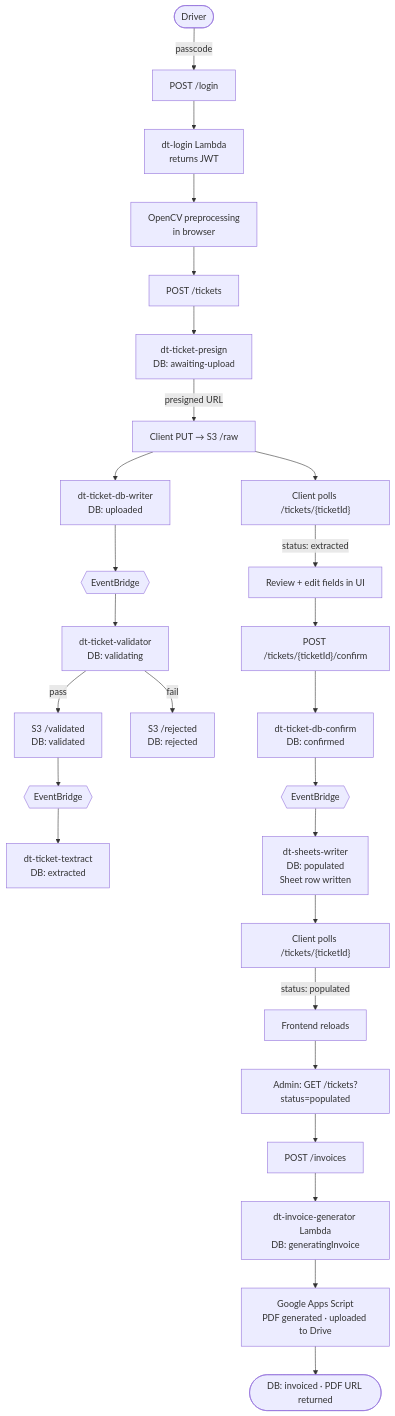
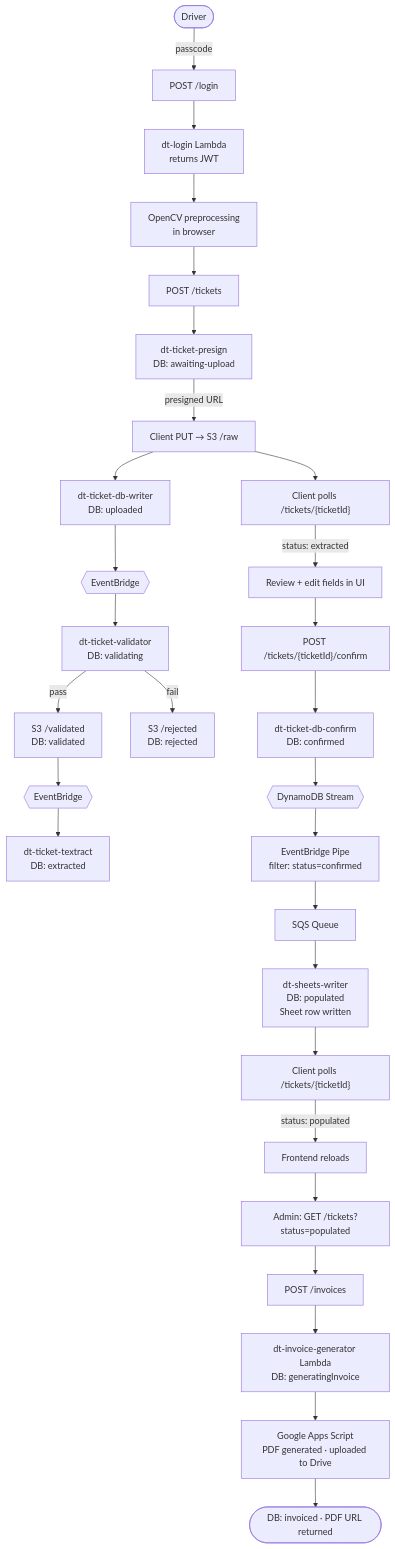
Before and after one commit to artomatiq/ccs-ticket-backend: the first of 2 diagrams in ARCHITECTURE.MD, drawn with Mermaid. The commit also changed other lines of this file and 3 other files, not shown here.

Commit message:
replace EventBridge fan-out with DynamoDB Streams→Pipe→SQS to close the dual-write gap and add retry

````diff
--- a/ARCHITECTURE.MD
+++ b/ARCHITECTURE.MD
@@ -9,34 +9,36 @@
 ```mermaid
 flowchart TD
     A([Driver]) -->|passcode| B[POST /login]
     B --> C[dt-login Lambda\nreturns JWT]
 
     C --> D[OpenCV preprocessing\nin browser]
     D --> E[POST /tickets]
     E --> F[dt-ticket-presign\nDB: awaiting-upload]
     F -->|presigned URL| G[Client PUT → S3 /raw]
 
     G --> H[dt-ticket-db-writer\nDB: uploaded]
     H --> I{{EventBridge}}
     I --> J[dt-ticket-validator\nDB: validating]
     J -->|pass| K[S3 /validated\nDB: validated]
     J -->|fail| L[S3 /rejected\nDB: rejected]
     K --> M{{EventBridge}}
     M --> N[dt-ticket-textract\nDB: extracted]
 
     G --> O["Client polls /tickets/{ticketId}"]
     O -->|status: extracted| P[Review + edit fields in UI]
     P --> Q["POST /tickets/{ticketId}/confirm"]
     Q --> R[dt-ticket-db-confirm\nDB: confirmed]
-    R --> S{{EventBridge}}
-    S --> T[dt-sheets-writer\nDB: populated\nSheet row written]
+    R --> S{{DynamoDB Stream}}
+    S --> pipe[EventBridge Pipe\nfilter: status=confirmed]
+    pipe --> sqs[SQS Queue]
+    sqs --> T[dt-sheets-writer\nDB: populated\nSheet row written]
 
     T --> U["Client polls /tickets/{ticketId}"]
     U -->|status: populated| V[Frontend reloads]
 
     V --> W[Admin: GET /tickets?status=populated]
     W --> X[POST /invoices]
     X --> Y[dt-invoice-generator Lambda\nDB: generatingInvoice]
     Y --> Z[Google Apps Script\nPDF generated · uploaded to Drive]
     Z --> AA([DB: invoiced · PDF URL returned])
 ```
````
